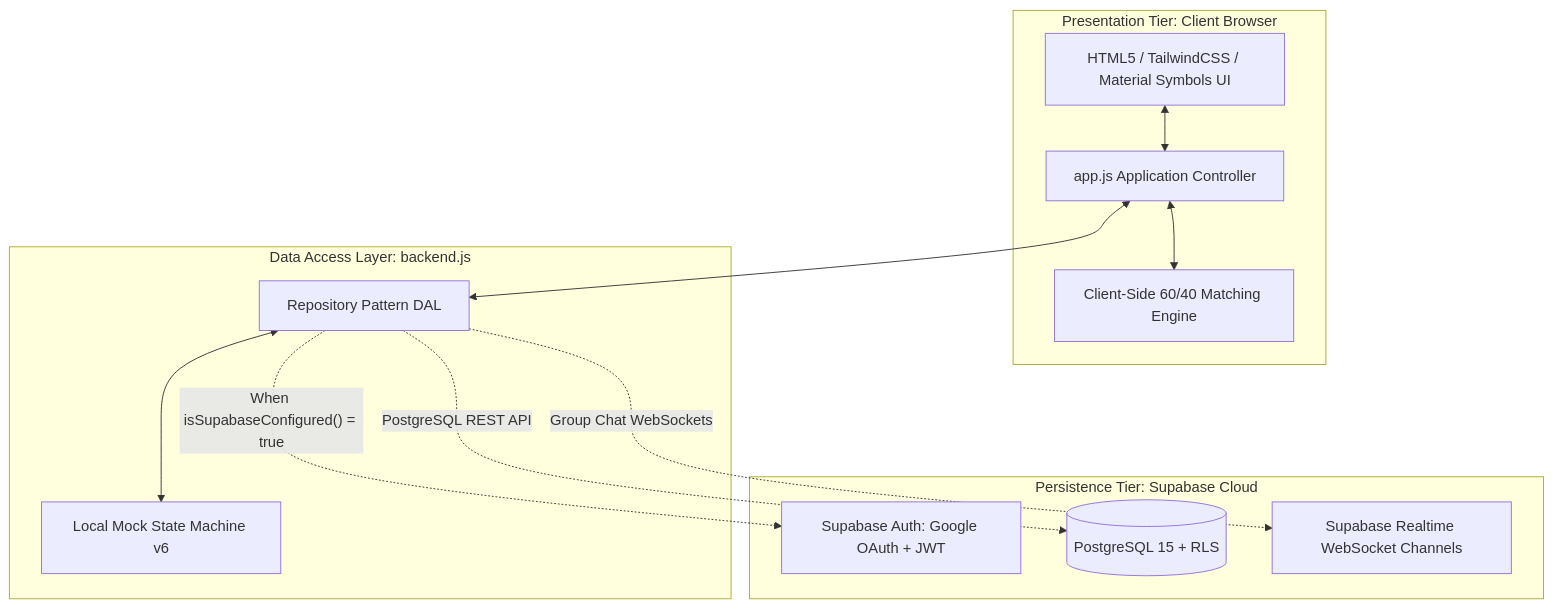
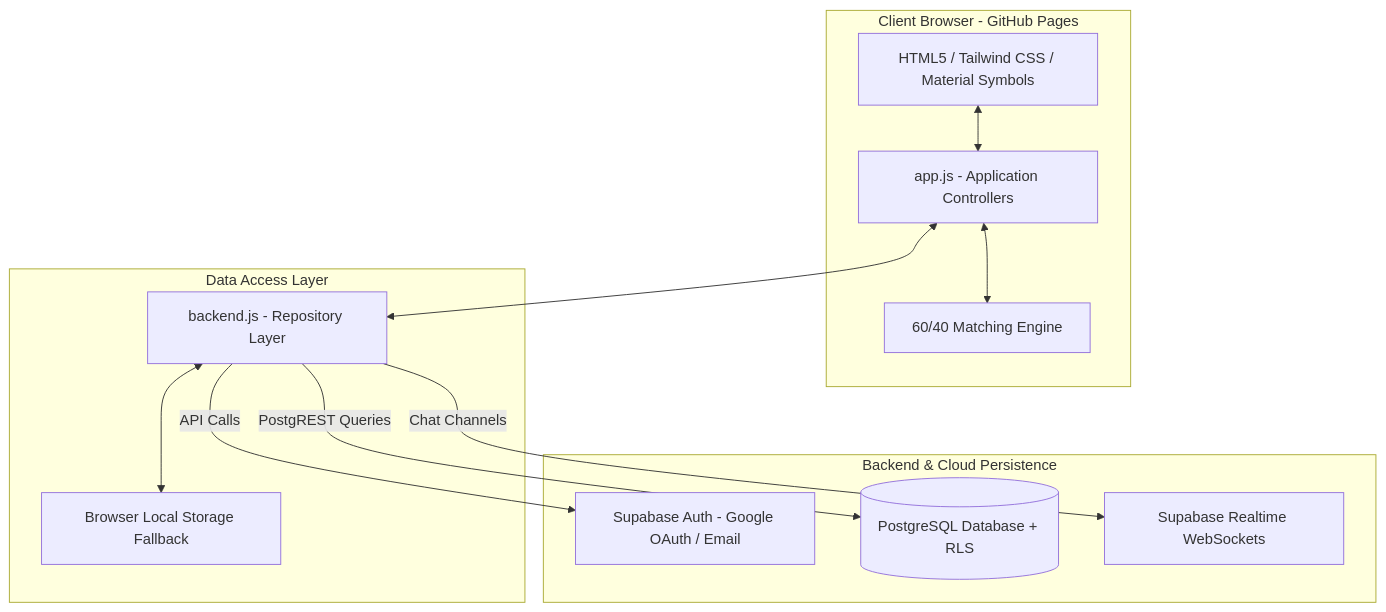
The first of 2 diagrams in README.md (hirushadewminabandara/kdu-study-finder), drawn with Mermaid before and after one commit. The commit also changed other lines of this file and 1 other file, not shown here.

Commit message:
docs: streamline README and repository documentation

````diff
--- a/README.md
+++ b/README.md
@@ -362,27 +134,27 @@
 ```mermaid
 flowchart TD
-    subgraph Client [Presentation Tier: Client Browser]
-        UI[HTML5 / TailwindCSS / Material Symbols UI]
-        Ctrl[app.js Application Controller]
-        Alg[Client-Side 60/40 Matching Engine]
-        UI <--> Ctrl
-        Ctrl <--> Alg
+    subgraph Frontend [Client Browser - GitHub Pages]
+        UI[HTML5 / Tailwind CSS / Material Symbols]
+        AppCtrl[app.js - Application Controllers]
+        Alg[60/40 Matching Engine]
+        UI <--> AppCtrl
+        AppCtrl <--> Alg
     end
 
-    subgraph ServiceLayer [Data Access Layer: backend.js]
-        DAL[Repository Pattern DAL]
-        Cache[Local Mock State Machine v6]
-        Ctrl <--> DAL
-        DAL <--> Cache
+    subgraph DataAccess [Data Access Layer]
+        DAL[backend.js - Repository Layer]
+        LocalStorage[Browser Local Storage Fallback]
+        AppCtrl <--> DAL
+        DAL <--> LocalStorage
     end
 
-    subgraph Cloud [Persistence Tier: Supabase Cloud]
-        Auth[Supabase Auth: Google OAuth + JWT]
-        DB[(PostgreSQL 15 + RLS)]
-        RT[Supabase Realtime WebSocket Channels]
+    subgraph Supabase [Backend & Cloud Persistence]
+        Auth[Supabase Auth - Google OAuth / Email]
+        DB[(PostgreSQL Database + RLS)]
+        RT[Supabase Realtime WebSockets]
     end
 
-    DAL -.->|"When isSupabaseConfigured() = true"| Auth
-    DAL -.->|"PostgreSQL REST API"| DB
-    DAL -.->|"Group Chat WebSockets"| RT
+    DAL -->|API Calls| Auth
+    DAL -->|PostgREST Queries| DB
+    DAL -->|Chat Channels| RT
 ```
````
